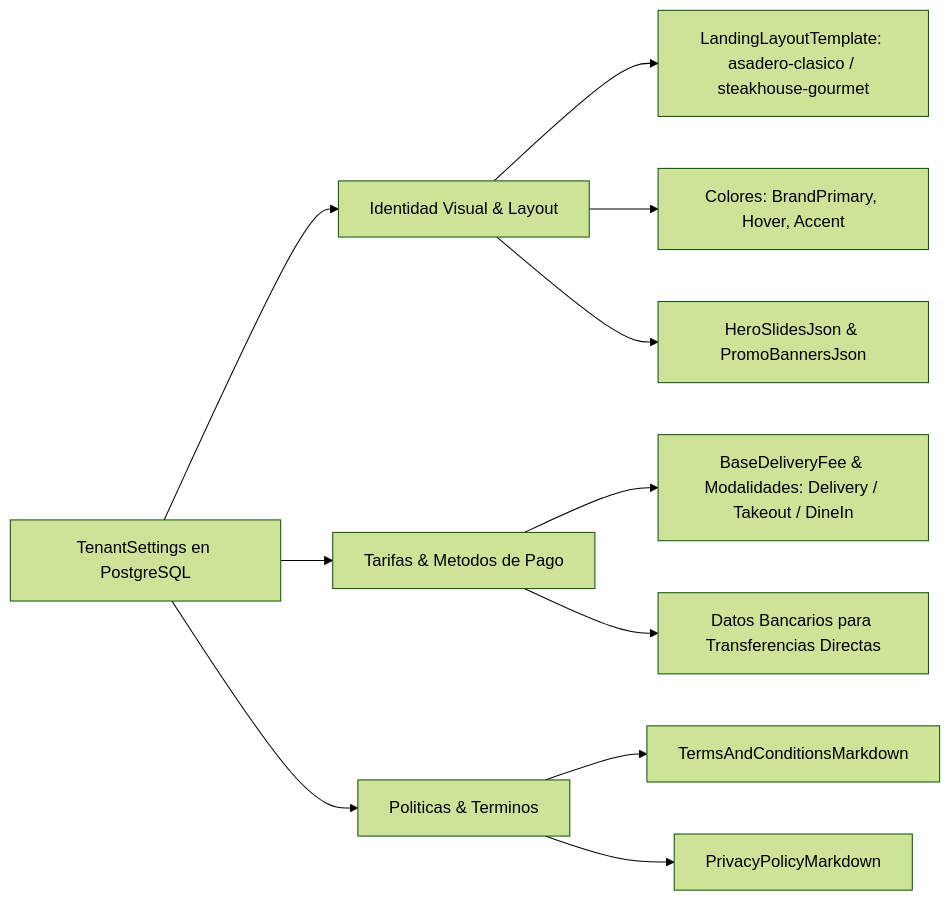
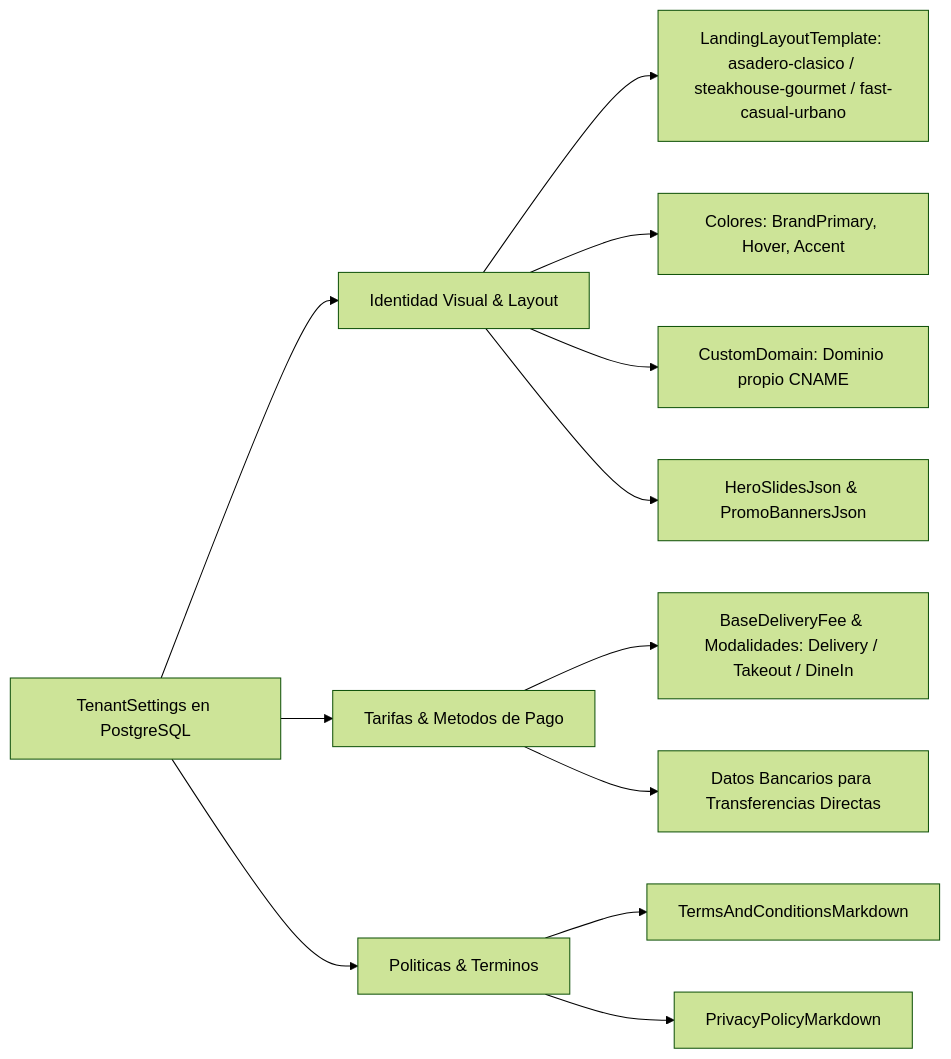
One commit to JorgeDoicela/delivery-platform changed the second of 2 diagrams in docs/02-backend-servicios/04-multitenancy-y-personalizacion.md. Above: the diagram before and after it, drawn with Mermaid (forest theme). The commit also changed 112 other files, not shown here.

````diff
--- a/docs/02-backend-servicios/04-multitenancy-y-personalizacion.md
+++ b/docs/02-backend-servicios/04-multitenancy-y-personalizacion.md
@@ -133,16 +133,17 @@
 ```mermaid
 flowchart LR
     TenantSettings[TenantSettings en PostgreSQL] --> Visual[Identidad Visual & Layout]
     TenantSettings --> Finanzas[Tarifas & Metodos de Pago]
     TenantSettings --> Legal[Politicas & Terminos]
 
-    Visual --> Template[LandingLayoutTemplate: asadero-clasico / steakhouse-gourmet]
+    Visual --> Template[LandingLayoutTemplate: asadero-clasico / steakhouse-gourmet / fast-casual-urbano]
     Visual --> Colors[Colores: BrandPrimary, Hover, Accent]
+    Visual --> Domain[CustomDomain: Dominio propio CNAME]
     Visual --> Slides[HeroSlidesJson & PromoBannersJson]
 
     Finanzas --> Fees[BaseDeliveryFee & Modalidades: Delivery / Takeout / DineIn]
     Finanzas --> Banks[Datos Bancarios para Transferencias Directas]
 
     Legal --> Terms[TermsAndConditionsMarkdown]
     Legal --> Privacy[PrivacyPolicyMarkdown]
 ```
````
